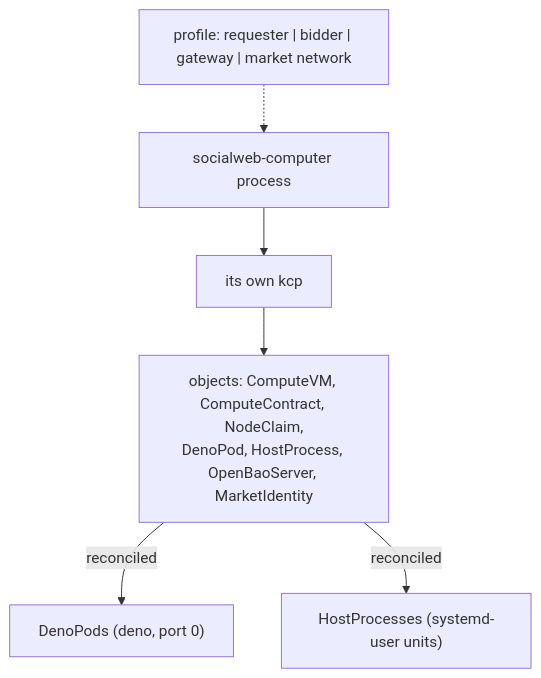
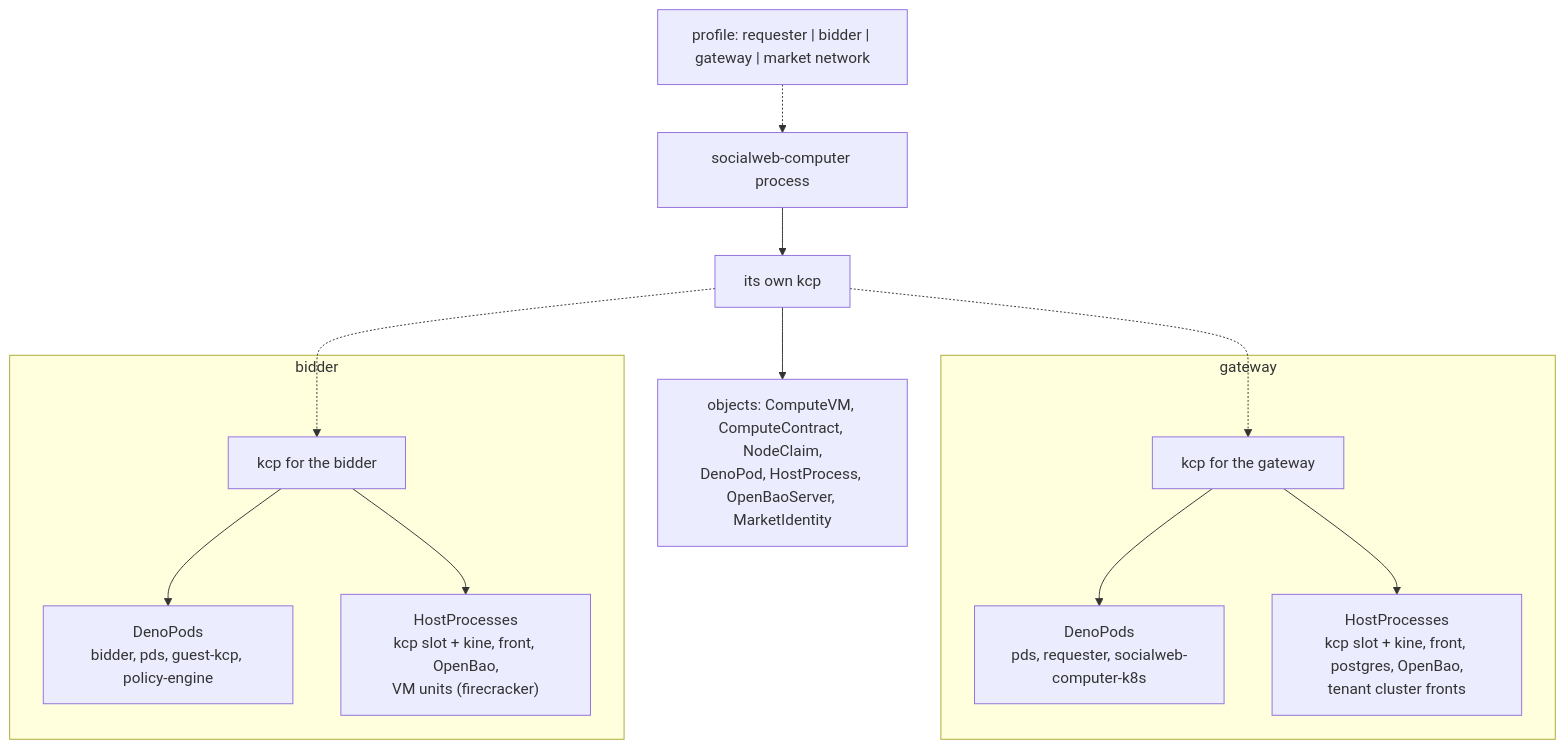
Before and after one commit to publicdomainrelay/socialweb-computer-kcp: the first of 6 diagrams in README.md, drawn with Mermaid.

Commit message:
README: the instance diagram shows the gateway's and the bidder's own pod and hostprocess kinds

````diff
--- a/README.md
+++ b/README.md
@@ -7,8 +7,21 @@
 ```mermaid
 flowchart TD
   bin["socialweb-computer process"] --> kcp["its own kcp"]
   kcp --> objs["objects: ComputeVM, ComputeContract, NodeClaim,<br/>DenoPod, HostProcess, OpenBaoServer, MarketIdentity"]
-  objs -->|reconciled| pods["DenoPods (deno, port 0)"]
-  objs -->|reconciled| hosts["HostProcesses (systemd-user units)"]
+
+  subgraph gw["gateway"]
+    gkcp["kcp for the gateway"]
+    gkcp --> gdp["DenoPods<br/>pds, requester, socialweb-computer-k8s"]
+    gkcp --> ghp["HostProcesses<br/>kcp slot + kine, front, postgres, OpenBao,<br/>tenant cluster fronts"]
+  end
+
+  subgraph bd["bidder"]
+    bkcp["kcp for the bidder"]
+    bkcp --> bdp["DenoPods<br/>bidder, pds, guest-kcp, policy-engine"]
+    bkcp --> bhp["HostProcesses<br/>kcp slot + kine, front, OpenBao,<br/>VM units (firecracker)"]
+  end
+
   profile["profile: requester | bidder | gateway | market network"] -.-> bin
+  kcp -.-> gkcp
+  kcp -.-> bkcp
 ```
````
